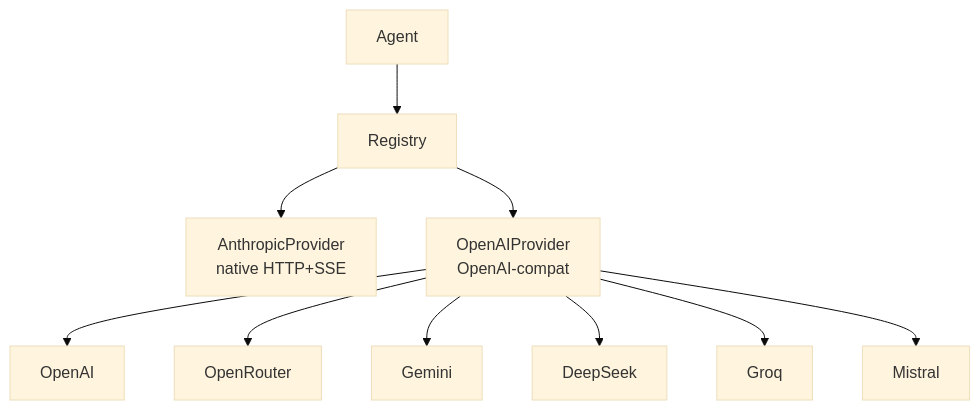
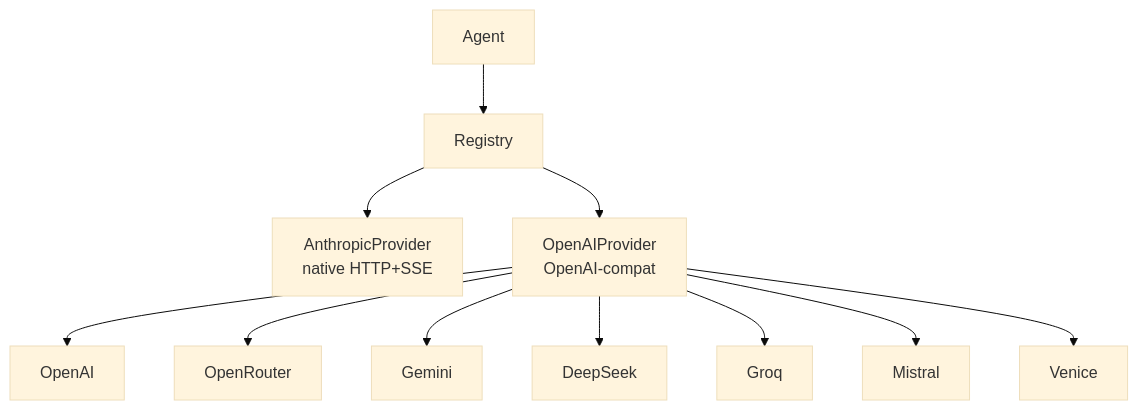
One commit to jooray/goclaw-docs changed the diagram in providers/overview.md. Above: the diagram before and after it, drawn with Mermaid (base theme). The commit also changed other lines of this file and 11 other files, not shown here.

````diff
--- a/providers/overview.md
+++ b/providers/overview.md
@@ -68,12 +68,13 @@
 ```mermaid
 graph TD
     Agent --> Registry
     Registry --> Anthropic[AnthropicProvider\nnative HTTP+SSE]
     Registry --> OAI[OpenAIProvider\nOpenAI-compat]
     OAI --> OpenAI
     OAI --> OpenRouter
     OAI --> Gemini
     OAI --> DeepSeek
     OAI --> Groq
     OAI --> Mistral
+    OAI --> Venice
 ```
````
